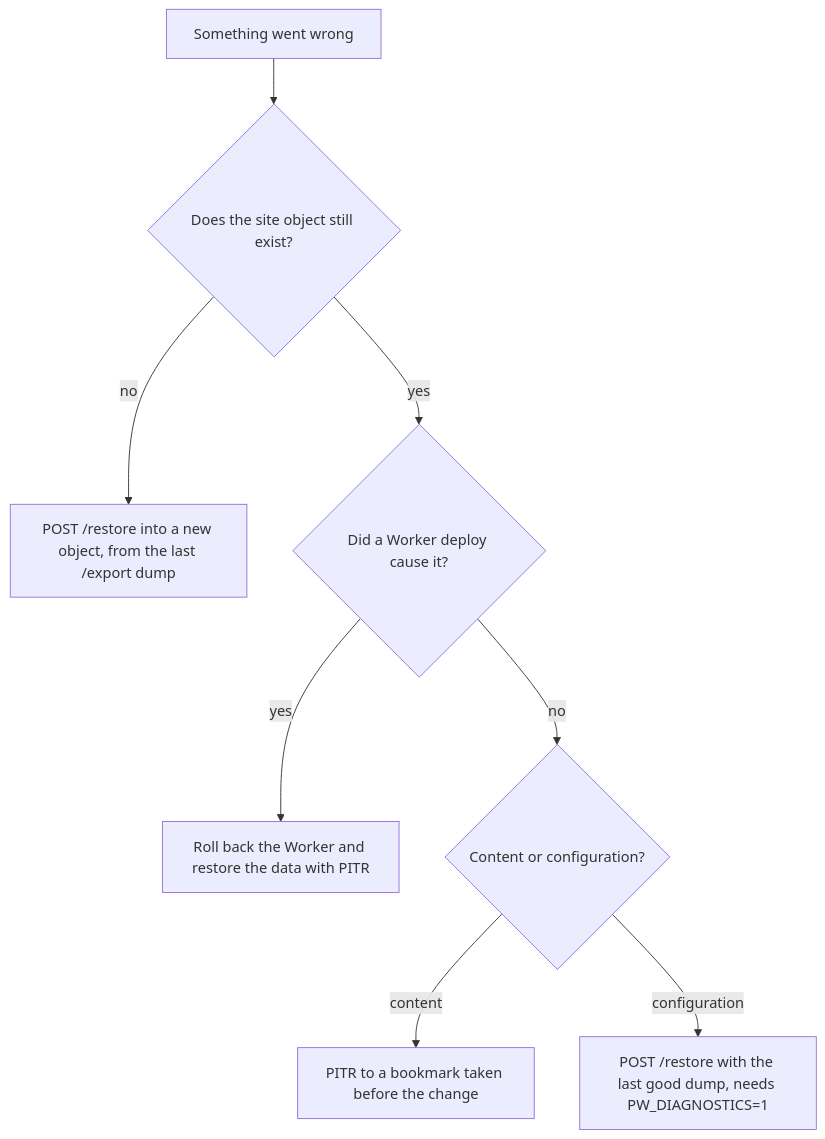
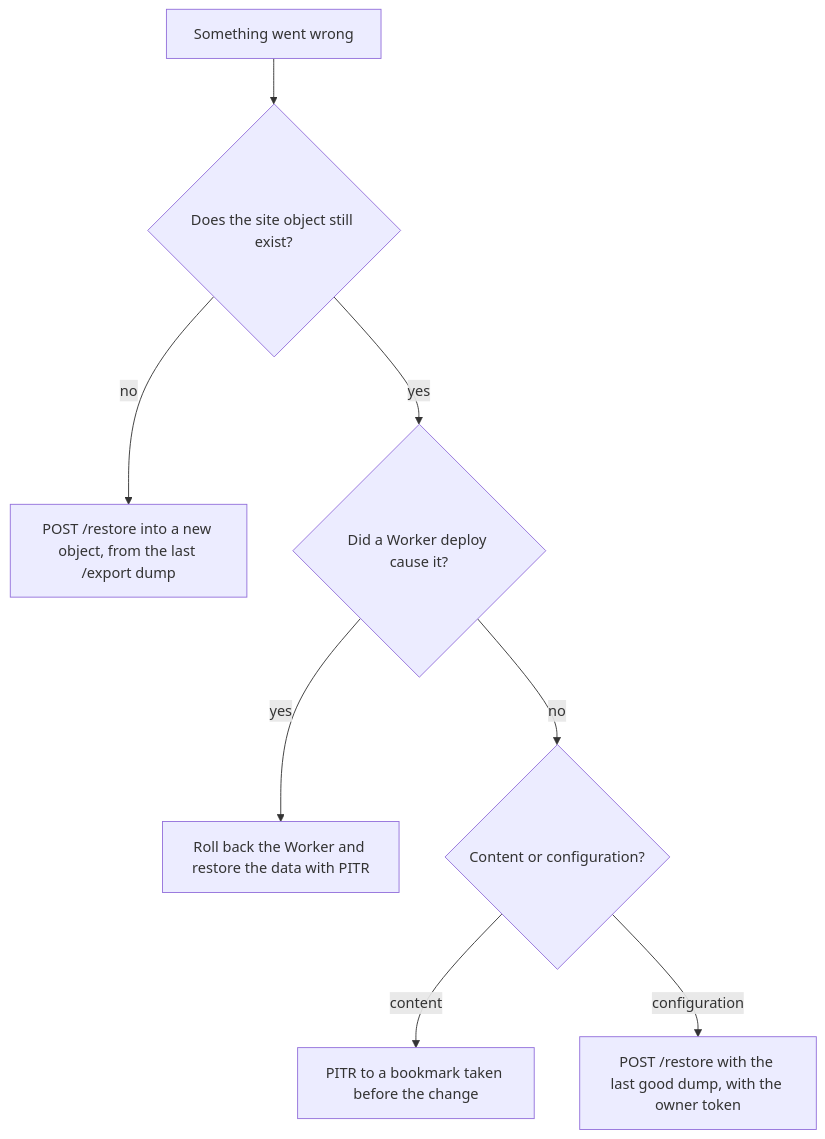
The diagram in docs/operating/recovery.md (drupflare/worker), drawn with Mermaid before and after one commit. The commit also changed other lines of this file and 4 other files, not shown here.

Commit message:
docs: restore with the owner token, offload read limits, MAX_RESTORE_BYTES

````diff
--- a/docs/operating/recovery.md
+++ b/docs/operating/recovery.md
@@ -137,10 +151,10 @@
 ```mermaid
 flowchart TD
     A["Something went wrong"] --> B{"Does the site object still exist?"}
     B -->|no| C["POST /restore into a new object, from the last /export dump"]
     B -->|yes| D{"Did a Worker deploy cause it?"}
     D -->|yes| E["Roll back the Worker and restore the data with PITR"]
     D -->|no| F{"Content or configuration?"}
     F -->|content| G["PITR to a bookmark taken before the change"]
-    F -->|configuration| H["POST /restore with the last good dump, needs PW_DIAGNOSTICS=1"]
+    F -->|configuration| H["POST /restore with the last good dump, with the owner token"]
 ```
````
